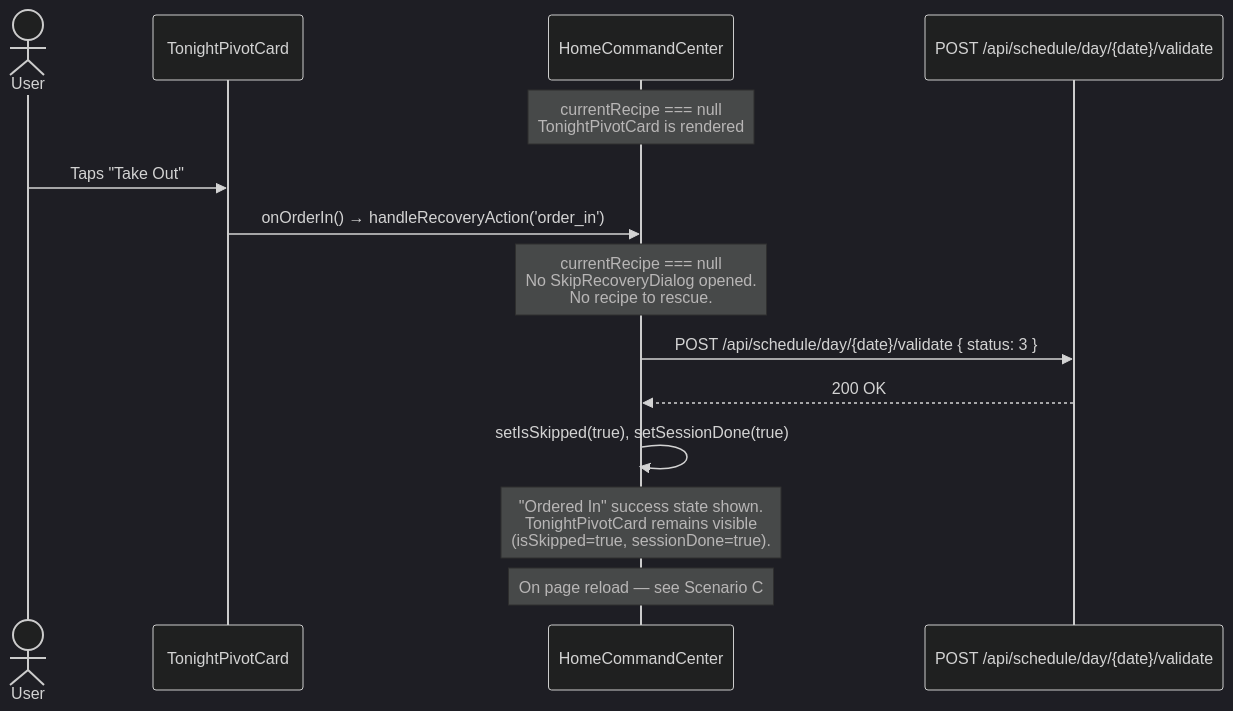
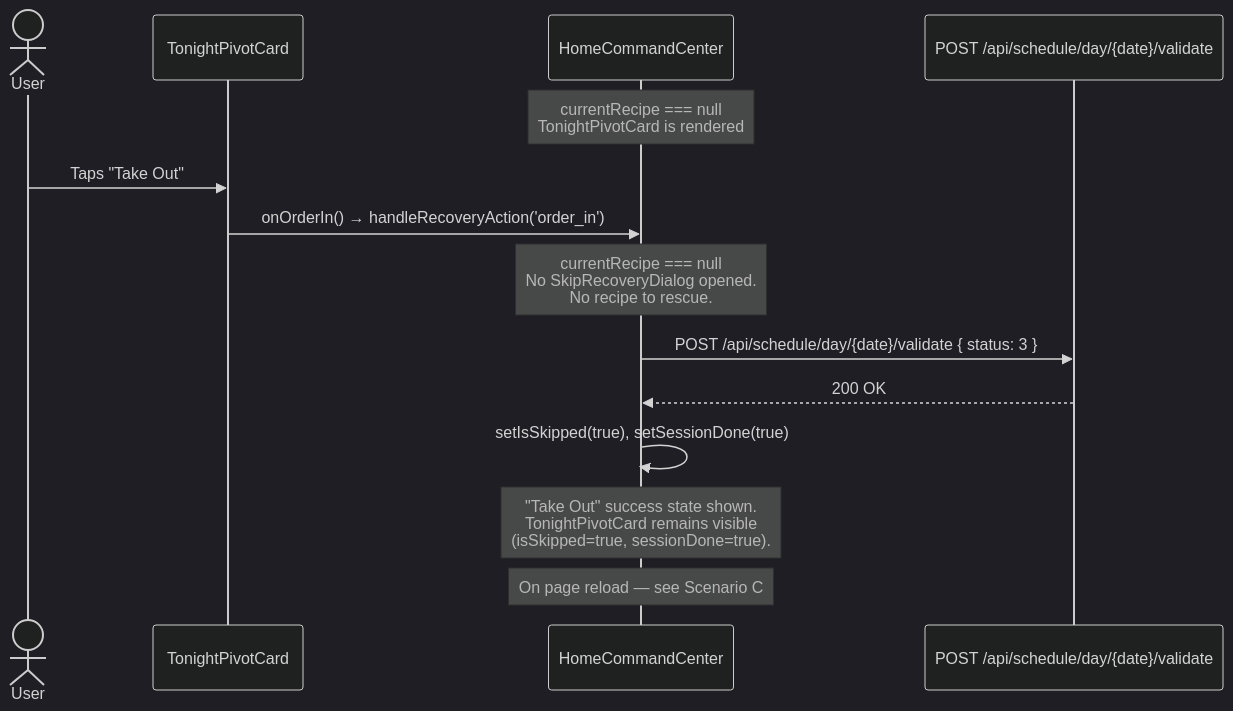
The second of 3 diagrams in docs/flows/user-flows/order-in-flow.md (AlexandreBrisebois/whats-for-supper), drawn with Mermaid (dark theme) before and after one commit. The commit also changed other lines of this file and 115 other files, not shown here.

````diff
--- a/docs/flows/user-flows/order-in-flow.md
+++ b/docs/flows/user-flows/order-in-flow.md
@@ -64,23 +64,23 @@
 ```mermaid
 sequenceDiagram
     actor User
     participant TPC as TonightPivotCard
     participant HCC as HomeCommandCenter
     participant API as POST /api/schedule/day/{date}/validate
 
     Note over HCC: currentRecipe === null<br/>TonightPivotCard is rendered
 
     User->>TPC: Taps "Take Out"
     TPC->>HCC: onOrderIn() → handleRecoveryAction('order_in')
 
     Note over HCC: currentRecipe === null<br/>No SkipRecoveryDialog opened.<br/>No recipe to rescue.
 
     HCC->>API: POST /api/schedule/day/{date}/validate { status: 3 }
     API-->>HCC: 200 OK
 
     HCC->>HCC: setIsSkipped(true), setSessionDone(true)
 
-    Note over HCC: "Ordered In" success state shown.<br/>TonightPivotCard remains visible<br/>(isSkipped=true, sessionDone=true).
+    Note over HCC: "Take Out" success state shown.<br/>TonightPivotCard remains visible<br/>(isSkipped=true, sessionDone=true).
 
     Note over HCC: On page reload — see Scenario C
 ```
````
